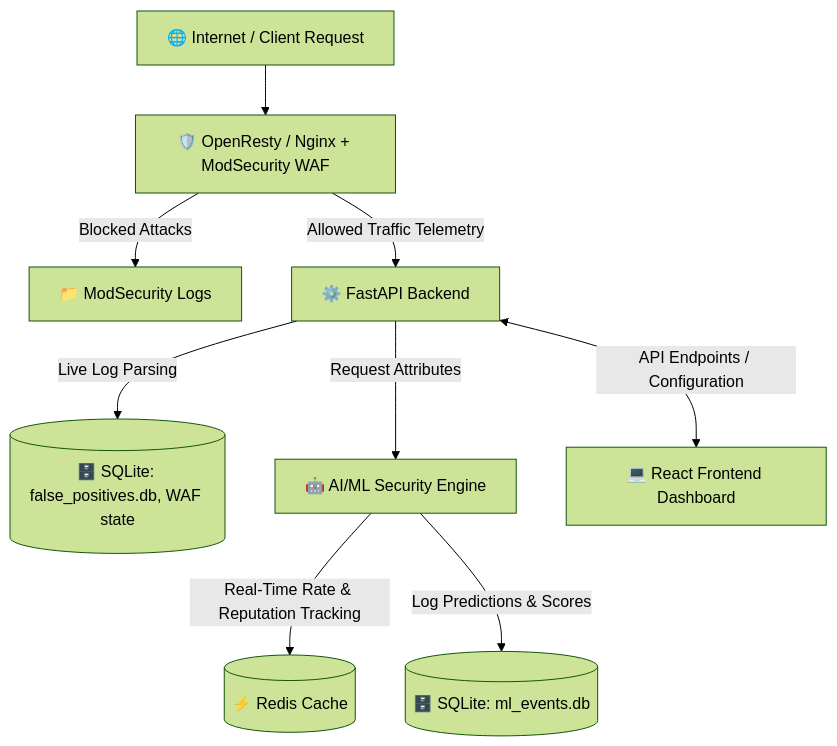
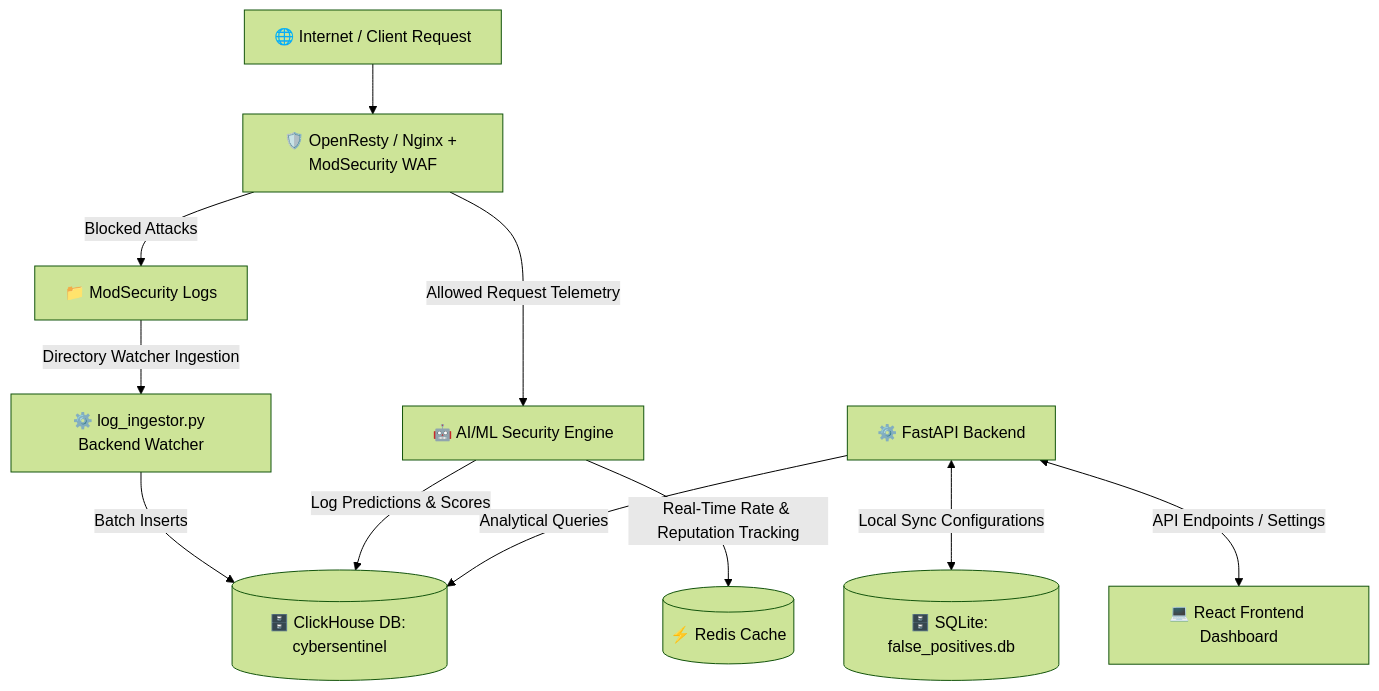
One commit to Danger-cypher/WAF_Deployment changed the diagram in README.md. Above: the diagram before and after it, drawn with Mermaid (forest theme). The commit also changed other lines of this file and 25 other files, not shown here.

````diff
--- a/README.md
+++ b/README.md
@@ -132,14 +141,16 @@
 ```mermaid
 graph TD
     Client[🌐 Internet / Client Request] --> Gate[🛡️ OpenResty / Nginx + ModSecurity WAF]
     Gate -->|Blocked Attacks| LocalLogs[📁 ModSecurity Logs]
-    Gate -->|Allowed Traffic Telemetry| Backend[⚙️ FastAPI Backend]
+    Gate -->|Allowed Request Telemetry| MLEngine[🤖 AI/ML Security Engine]
     
-    Backend -->|Live Log Parsing| MainDB[(🗄️ SQLite: false_positives.db, WAF state)]
-    Backend -->|Request Attributes| MLEngine[🤖 AI/ML Security Engine]
+    LocalLogs -->|Directory Watcher Ingestion| Ingestor[⚙️ log_ingestor.py Backend Watcher]
+    Ingestor -->|Batch Inserts| ClickHouse[(🗄️ ClickHouse DB: cybersentinel)]
     
     MLEngine -->|Real-Time Rate & Reputation Tracking| Redis[(⚡ Redis Cache)]
-    MLEngine -->|Log Predictions & Scores| MLDB[(🗄️ SQLite: ml_events.db)]
+    MLEngine -->|Log Predictions & Scores| ClickHouse
     
-    Backend <-->|API Endpoints / Configuration| Dashboard[💻 React Frontend Dashboard]
+    Backend[⚙️ FastAPI Backend] -->|Analytical Queries| ClickHouse
+    Backend <-->|Local Sync Configurations| SQLite[(🗄️ SQLite: false_positives.db)]
+    Backend <-->|API Endpoints / Settings| Dashboard[💻 React Frontend Dashboard]
 ```
````
